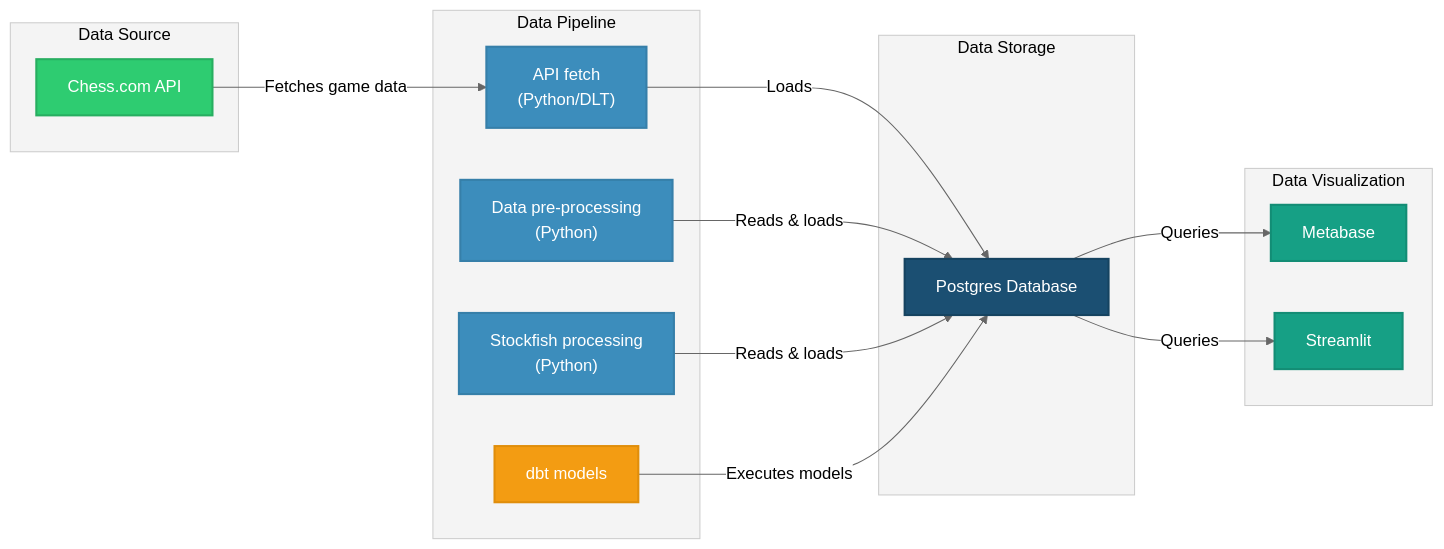
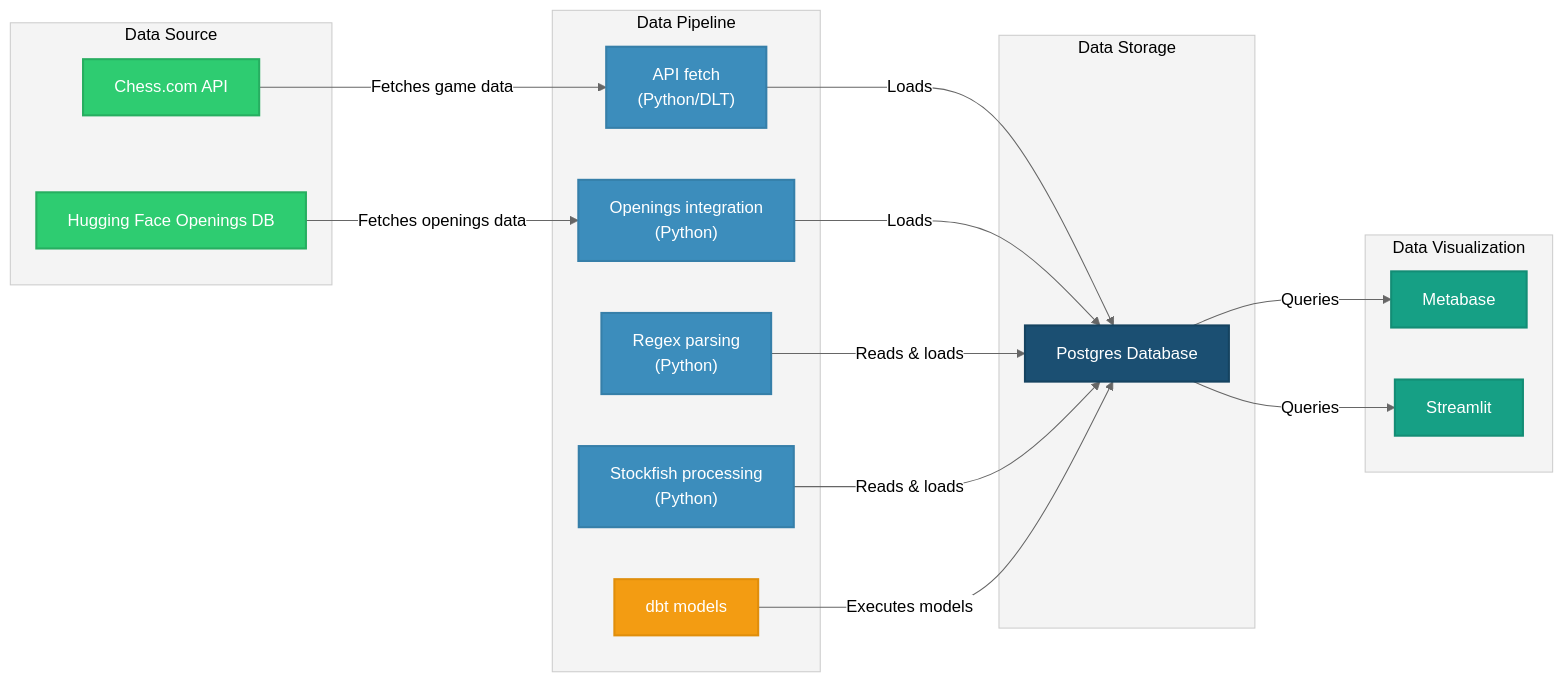
The diagram in README.md (gabriellegall/chess_com_bi_pg), drawn with Mermaid (neutral theme) before and after one commit. The commit also changed 2 other files, not shown here.

Commit message:
mermaid updated

````diff
--- a/README.md
+++ b/README.md
@@ -30,52 +30,58 @@
 ```mermaid
 graph LR;
 
     %% Data Source
     subgraph DS ["Data Source"]
         A[Chess.com API]
+        G[Hugging Face Openings DB]
     end
 
     %% Processing
     subgraph Processing ["Data Pipeline"]
         B["API fetch<br>(Python/DLT)"]
-        n1["Data pre-processing<br>(Python)"]
+        n1["Openings integration<br>(Python)"]
+        n3["Regex parsing<br>(Python)"]
         n2["Stockfish processing<br>(Python)"]
         D["dbt models"]
     end
 
     %% Storage
     subgraph Storage ["Data Storage"]
         C[Postgres Database]
     end
 
     %% Visualization
     subgraph Viz ["Data Visualization"]
         E["Metabase"]
         F["Streamlit"]
     end
 
     %% Data flow
     A -->|"Fetches game data"| B
+    G -->|"Fetches openings data"| n1
     B -->|"Loads"| C
-    n1 -->|"Reads & loads"| C
+    n1 -->|"Loads"| C
+    n3 -->|"Reads & loads"| C
     n2 -->|"Reads & loads"| C
     D -->|"Executes models"| C
     C -->|"Queries"| E
     C -->|"Queries"| F
 
     %% Subgraph styling (light, semi-transparent)
     style DS fill:#f4f4f4,stroke:#ccc,stroke-width:1px,color:#000
     style Processing fill:#f4f4f4,stroke:#ccc,stroke-width:1px,color:#000
     style Storage fill:#f4f4f4,stroke:#ccc,stroke-width:1px,color:#000
     style Viz fill:#f4f4f4,stroke:#ccc,stroke-width:1px,color:#000
 
     %% Node styling
     style A fill:#2ecc71,stroke:#27ae60,stroke-width:2px,color:white
+    style G fill:#2ecc71,stroke:#27ae60,stroke-width:2px,color:white
     style B fill:#3c8dbc,stroke:#367fa9,stroke-width:2px,color:white
     style n1 fill:#3c8dbc,stroke:#367fa9,stroke-width:2px,color:white
+    style n3 fill:#3c8dbc,stroke:#367fa9,stroke-width:2px,color:white
     style n2 fill:#3c8dbc,stroke:#367fa9,stroke-width:2px,color:white
     style D fill:#f39c12,stroke:#e08e0b,stroke-width:2px,color:white
     style C fill:#1B4F72,stroke:#154360,stroke-width:2px,color:white
     style E fill:#16a085,stroke:#138d75,stroke-width:2px,color:white
     style F fill:#16a085,stroke:#138d75,stroke-width:2px,color:white
 ```
````
